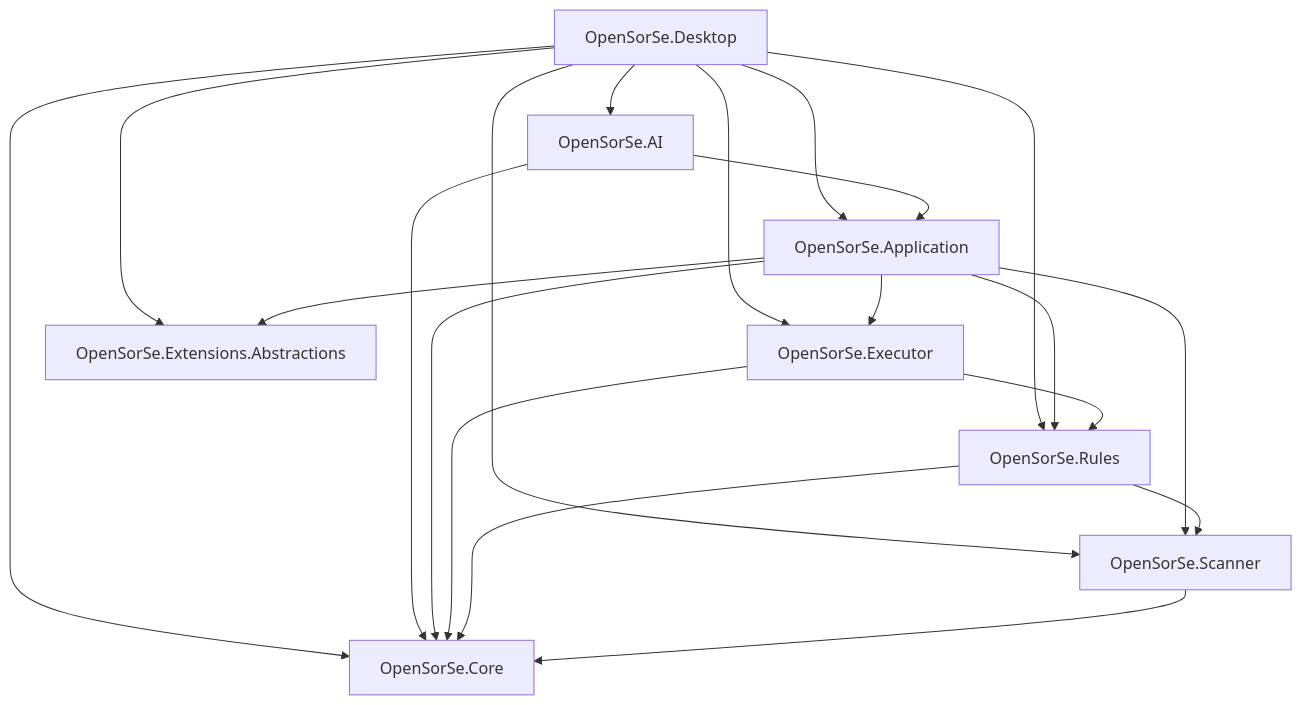
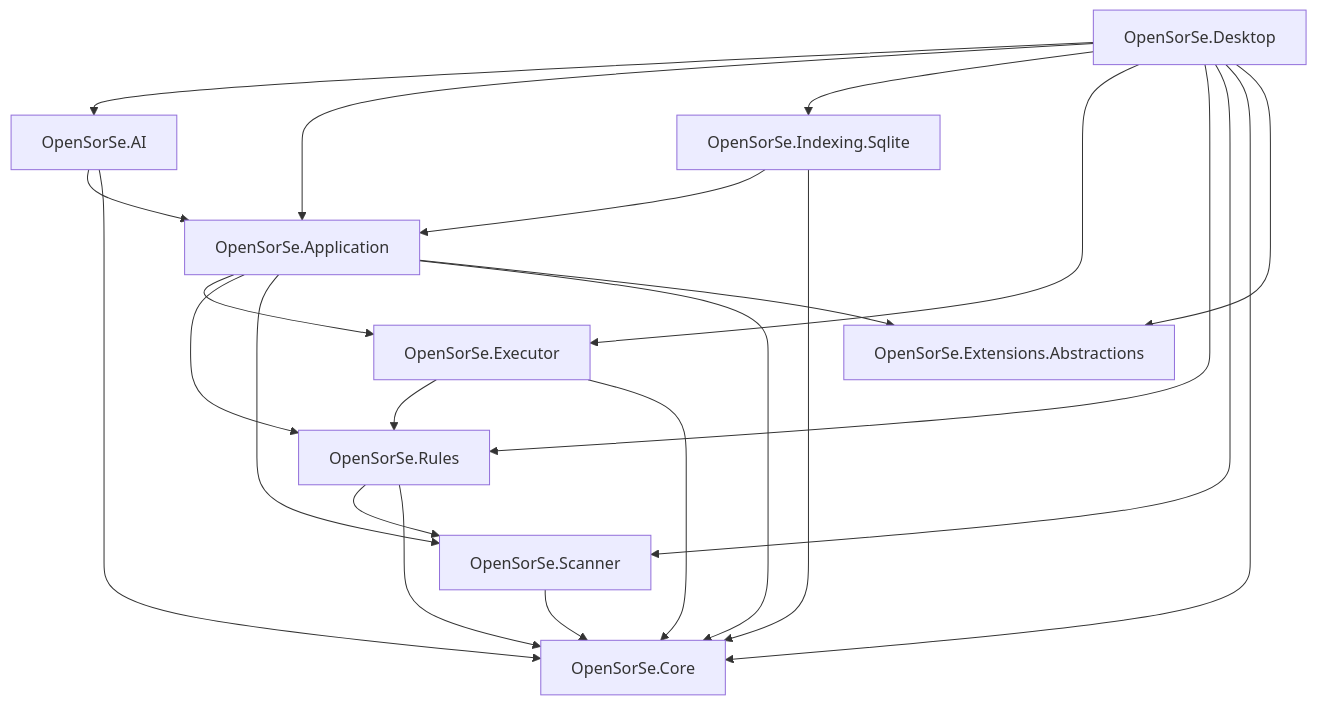
The diagram in docs/REPOSITORY_STRUCTURE.md (nishdel/OmniSorSe), drawn with Mermaid before and after one commit. The commit also changed other lines of this file and 77 other files, not shown here.

````diff
--- a/docs/REPOSITORY_STRUCTURE.md
+++ b/docs/REPOSITORY_STRUCTURE.md
@@ -9,31 +9,35 @@
 ```mermaid
 flowchart TB
     Desktop["OpenSorSe.Desktop"]
     Ai["OpenSorSe.AI"]
     Application["OpenSorSe.Application"]
+    Indexing["OpenSorSe.Indexing.Sqlite"]
     Executor["OpenSorSe.Executor"]
     Rules["OpenSorSe.Rules"]
     Scanner["OpenSorSe.Scanner"]
     Core["OpenSorSe.Core"]
     Sdk["OpenSorSe.Extensions.Abstractions"]
 
     Desktop --> Ai
     Desktop --> Application
+    Desktop --> Indexing
     Desktop --> Executor
     Desktop --> Rules
     Desktop --> Scanner
     Desktop --> Core
     Desktop --> Sdk
     Ai --> Application
     Ai --> Core
     Application --> Executor
     Application --> Rules
     Application --> Scanner
     Application --> Core
     Application --> Sdk
+    Indexing --> Application
+    Indexing --> Core
     Executor --> Rules
     Executor --> Core
     Rules --> Scanner
     Rules --> Core
     Scanner --> Core
 ```
````
